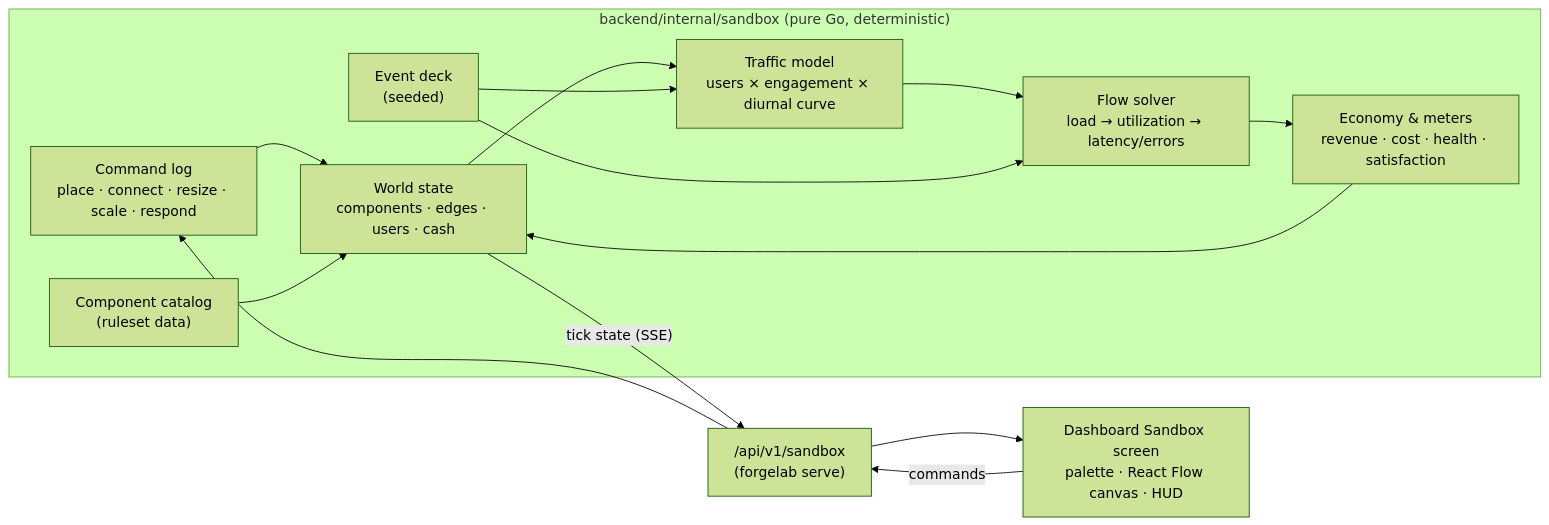
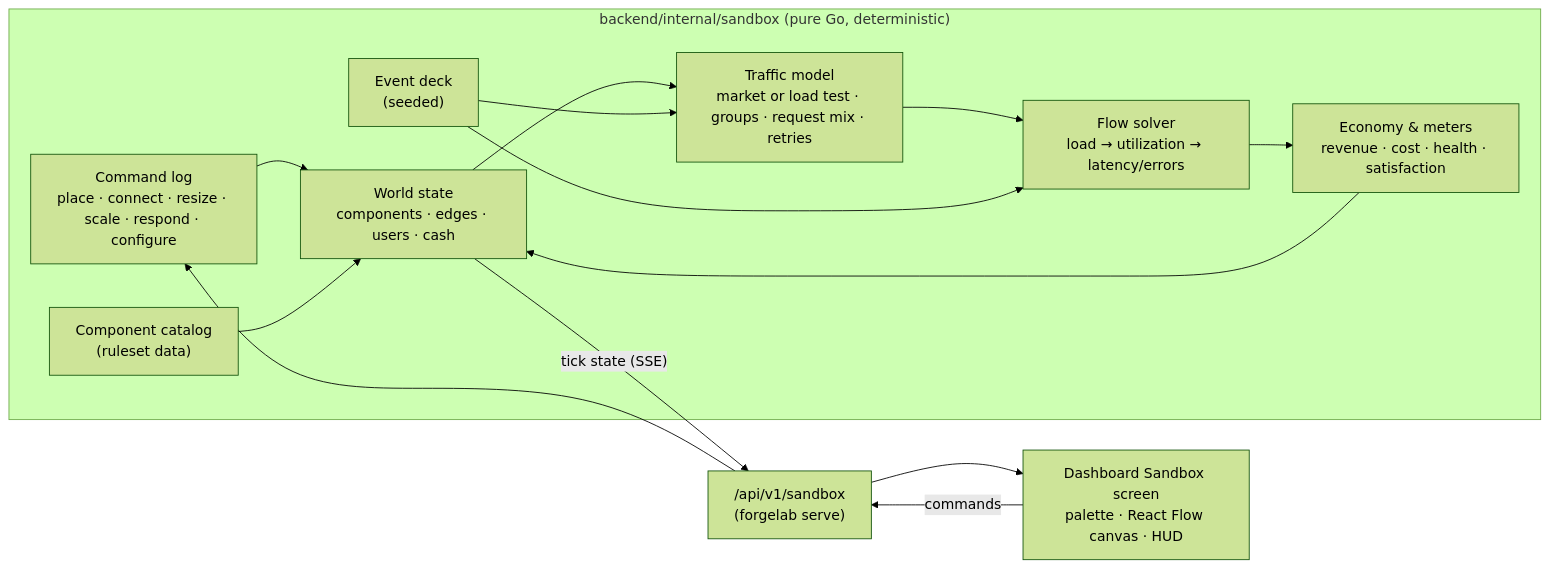
One commit to samin-al-wasee/production-simulator changed the second of 2 diagrams in docs/architecture.md. Above: the diagram before and after it, drawn with Mermaid (forest theme). The commit also changed other lines of this file and 32 other files, not shown here.

````diff
--- a/docs/architecture.md
+++ b/docs/architecture.md
@@ -37,20 +37,20 @@
 ```mermaid
 flowchart LR
     subgraph CORE["backend/internal/sandbox (pure Go, deterministic)"]
-        CMD["Command log<br/>place · connect · resize · scale · respond"]
+        CMD["Command log<br/>place · connect · resize · scale · respond · configure"]
         WORLD["World state<br/>components · edges · users · cash"]
         CAT["Component catalog<br/>(ruleset data)"]
-        TRF["Traffic model<br/>users × engagement × diurnal curve"]
+        TRF["Traffic model<br/>market or load test · groups · request mix · retries"]
         FLOW["Flow solver<br/>load → utilization → latency/errors"]
         ECO["Economy & meters<br/>revenue · cost · health · satisfaction"]
         EVT["Event deck<br/>(seeded)"]
     end
     API["/api/v1/sandbox<br/>(forgelab serve)"]
     UI["Dashboard Sandbox screen<br/>palette · React Flow canvas · HUD"]
 
     UI -- commands --> API --> CMD --> WORLD
     CAT --> WORLD
     WORLD --> TRF --> FLOW --> ECO --> WORLD
     EVT --> TRF & FLOW
     WORLD -- tick state (SSE) --> API --> UI
 ```
````
